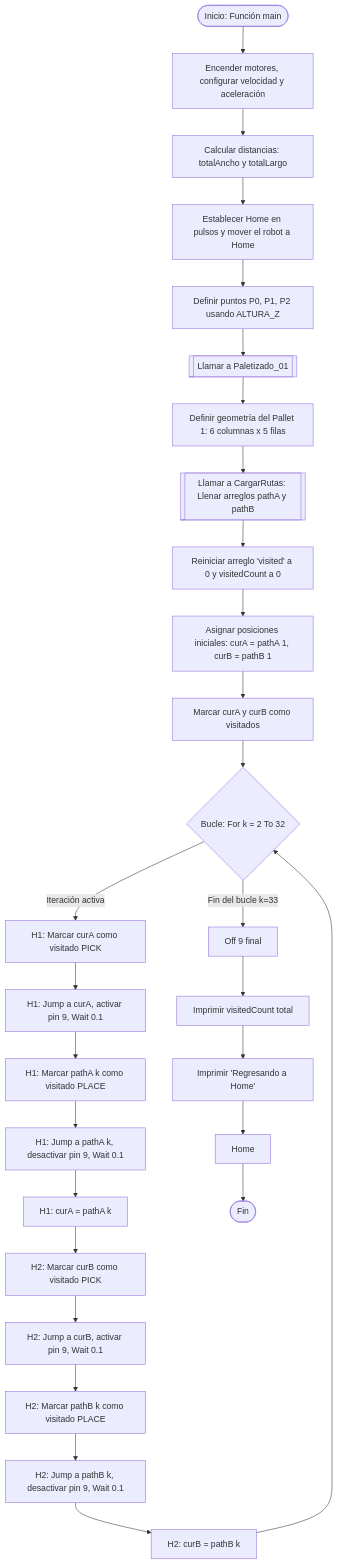
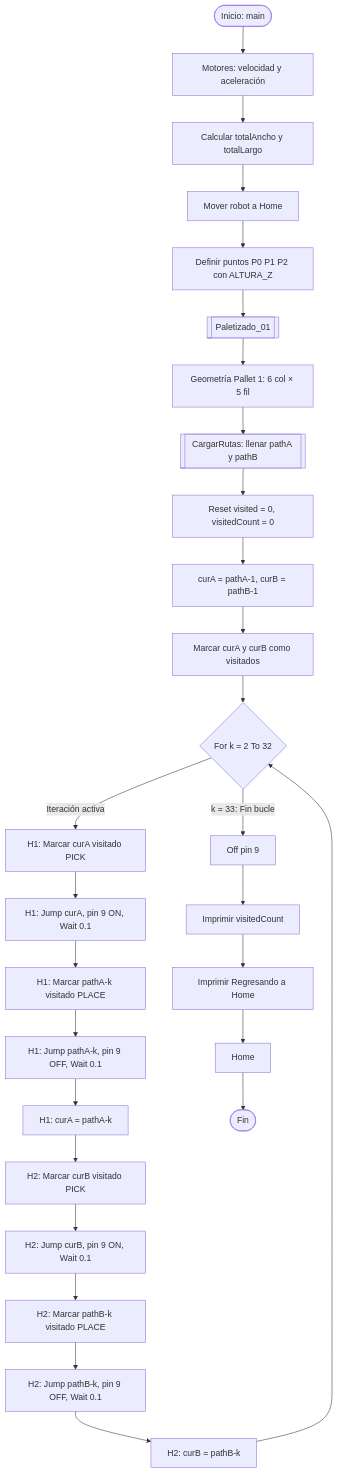
Before and after one commit to labsir-un/Robotica-2026-I-Equipo-2D-Cardenas-Pirateque-Suarez: the diagram in Laboratorio No. 03 - Robótica Industrial EPSON T3 401S y EPSON RC+/README.MD, drawn with Mermaid. The commit also changed other lines of this file, not shown here.

````diff
--- a/Laboratorio No. 03 - Robótica Industrial EPSON T3 401S y EPSON RC+/README.MD
+++ b/Laboratorio No. 03 - Robótica Industrial EPSON T3 401S y EPSON RC+/README.MD
@@ -415,71 +409,34 @@
 ```mermaid
+graph TD
+    A([Inicio: main]) --> B[Motores: velocidad y aceleración]
+    B --> C[Calcular totalAncho y totalLargo]
+    C --> D[Mover robot a Home]
+    D --> E[Definir puntos P0 P1 P2 con ALTURA_Z]
+    E --> F[[Paletizado_01]]
+    F --> G[Geometría Pallet 1: 6 col × 5 fil]
+    G --> H[[CargarRutas: llenar pathA y pathB]]
+    H --> I[Reset visited = 0, visitedCount = 0]
+    I --> J[curA = pathA-1, curB = pathB-1]
+    J --> K[Marcar curA y curB como visitados]
+    K --> L{For k = 2 To 32}
 
-graph TD
+    L -->|Iteración activa| M1[H1: Marcar curA visitado PICK]
+    M1 --> M2[H1: Jump curA, pin 9 ON, Wait 0.1]
+    M2 --> M3[H1: Marcar pathA-k visitado PLACE]
+    M3 --> M4[H1: Jump pathA-k, pin 9 OFF, Wait 0.1]
+    M4 --> M5[H1: curA = pathA-k]
 
-    A([Inicio: Función main]) --> B[Encender motores, configurar velocidad y aceleración]
-
-    B --> C[Calcular distancias: totalAncho y totalLargo]
-
-    C --> D[Establecer Home en pulsos y mover el robot a Home]
-
-    D --> E[Definir puntos P0, P1, P2 usando ALTURA_Z]
-
-    E --> F[[Llamar a Paletizado_01]]
-
-
-
-    F --> G[Definir geometría del Pallet 1: 6 columnas x 5 filas]
-
-    G --> H[[Llamar a CargarRutas: Llenar arreglos pathA y pathB]]
-
-    H --> I[Reiniciar arreglo 'visited' a 0 y visitedCount a 0]
-
-    I --> J[Asignar posiciones iniciales: curA = pathA 1, curB = pathB 1]
-
-    J --> K[Marcar curA y curB como visitados]
-
-
-
-    K --> L{Bucle: For k = 2 To 32}
-
-
-
-    L -->|Iteración activa| M1[H1: Marcar curA como visitado PICK]
-
-    M1 --> M2[H1: Jump a curA, activar pin 9, Wait 0.1]
-
-    M2 --> M3[H1: Marcar pathA k como visitado PLACE]
-
-    M3 --> M4[H1: Jump a pathA k, desactivar pin 9, Wait 0.1]
-
-    M4 --> M5[H1: curA = pathA k]
-
-
-
-    M5 --> N1[H2: Marcar curB como visitado PICK]
-
-    N1 --> N2[H2: Jump a curB, activar pin 9, Wait 0.1]
-
-    N2 --> N3[H2: Marcar pathB k como visitado PLACE]
-
-    N3 --> N4[H2: Jump a pathB k, desactivar pin 9, Wait 0.1]
-
-    N4 --> N5[H2: curB = pathB k]
-
-
+    M5 --> N1[H2: Marcar curB visitado PICK]
+    N1 --> N2[H2: Jump curB, pin 9 ON, Wait 0.1]
+    N2 --> N3[H2: Marcar pathB-k visitado PLACE]
+    N3 --> N4[H2: Jump pathB-k, pin 9 OFF, Wait 0.1]
+    N4 --> N5[H2: curB = pathB-k]
 
     N5 --> L
 
-
-
-    L -->|Fin del bucle k=33| S[Off 9 final]
-
-    S --> T[Imprimir visitedCount total]
-
-    T --> U[Imprimir 'Regresando a Home']
-
+    L -->|k = 33: Fin bucle| S[Off pin 9]
+    S --> T[Imprimir visitedCount]
+    T --> U[Imprimir Regresando a Home]
     U --> V[Home]
-
     V --> W([Fin])
-
-``` 
+```
````
